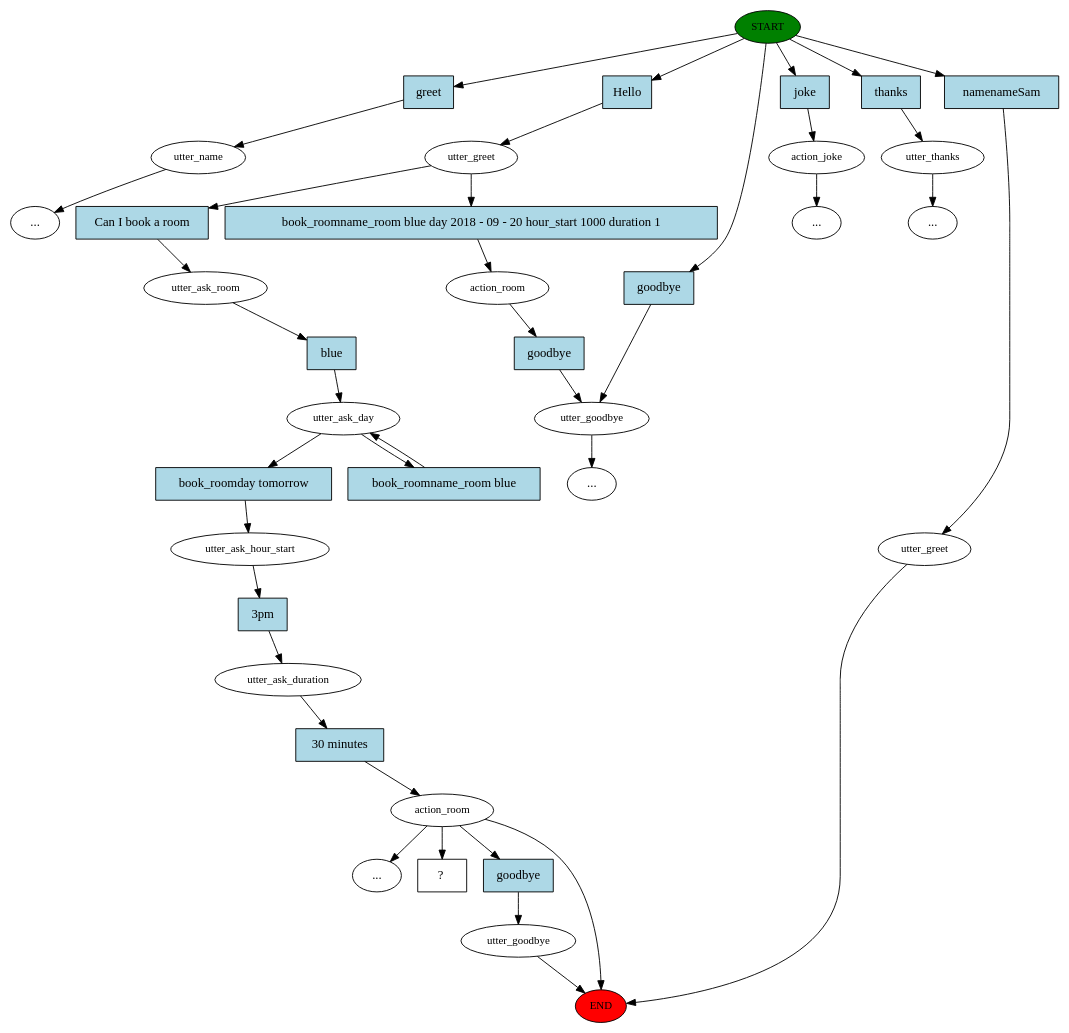
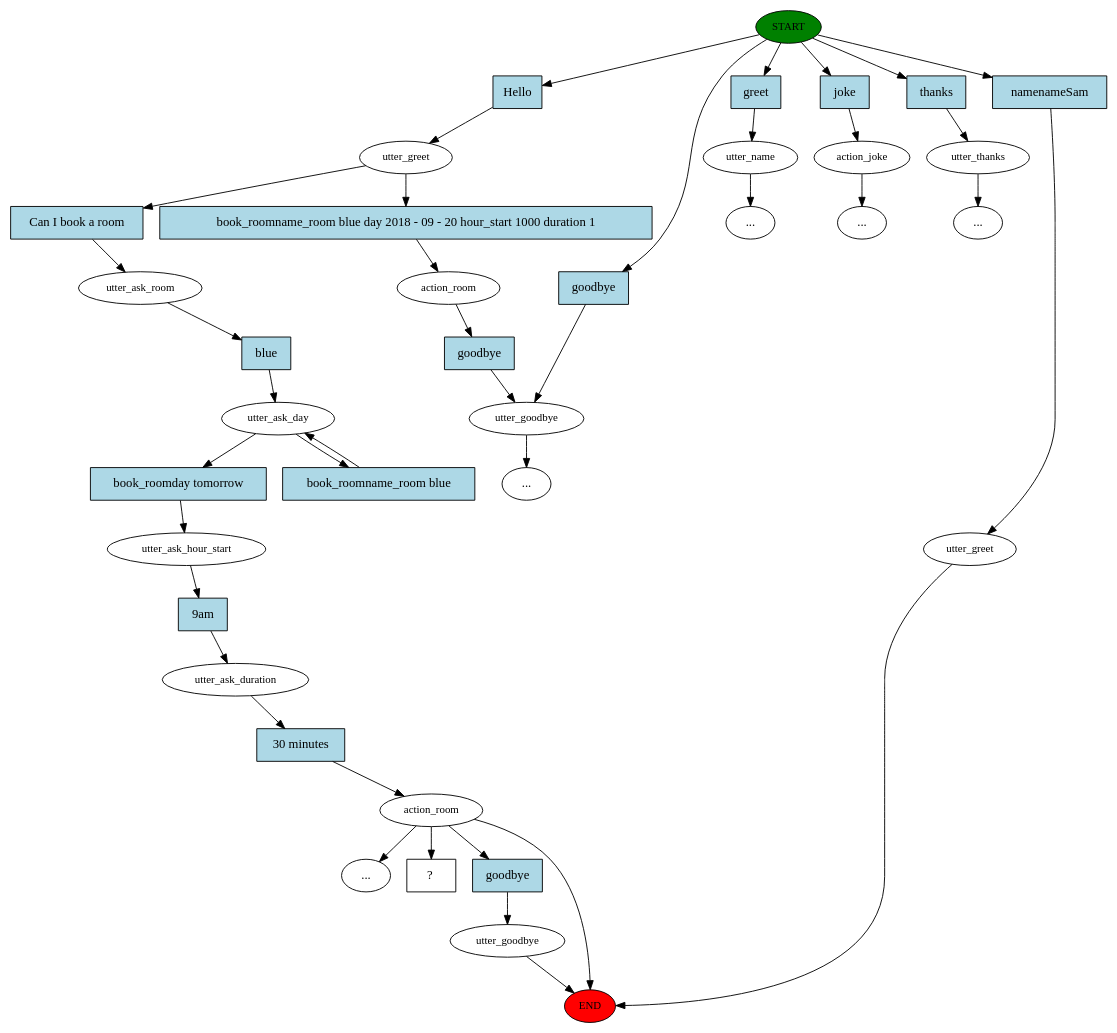
One commit to antoinecomp/bookchatbot changed the diagram in story_graph.dot. Above: the diagram before and after it, drawn with Graphviz. The commit also changed 11 other files, not shown here.

```diff
--- a/story_graph.dot
+++ b/story_graph.dot
@@ -1,77 +1,77 @@
 digraph  {
 0 [class="start active", fillcolor=green, fontsize=12, label=START, style=filled];
 "-1" [class=end, fillcolor=red, fontsize=12, label=END, style=filled];
 1 [class=active, fontsize=12, label=utter_greet];
 2 [class=active, fontsize=12, label=utter_ask_room];
 3 [class=active, fontsize=12, label=utter_ask_day];
 4 [class=active, fontsize=12, label=utter_ask_hour_start];
 5 [class=active, fontsize=12, label=utter_ask_duration];
 6 [class=active, fontsize=12, label=action_room];
-7 [class="", fontsize=12, label=utter_goodbye];
-"-3" [class=ellipsis, label="..."];
-21 [class="", fontsize=12, label=utter_name];
-22 [class="", fontsize=12, label=action_joke];
+7 [class="", fontsize=12, label=utter_greet];
+8 [class="", fontsize=12, label=utter_name];
+15 [class="", fontsize=12, label=utter_goodbye];
 "-5" [class=ellipsis, label="..."];
-24 [class="", fontsize=12, label=action_room];
-25 [class="", fontsize=12, label=utter_goodbye];
-27 [class="", fontsize=12, label=utter_thanks];
+25 [class="", fontsize=12, label=action_room];
+26 [class="", fontsize=12, label=utter_goodbye];
+"-7" [class=ellipsis, label="..."];
+28 [class="", fontsize=12, label=action_joke];
 "-8" [class=ellipsis, label="..."];
-"-9" [class=ellipsis, label="..."];
-29 [class="", fontsize=12, label=utter_greet];
+30 [class="", fontsize=12, label=utter_thanks];
 "-10" [class=ellipsis, label="..."];
-37 [class="intent dashed active", label="  ?  ", shape=rect];
-38 [class="intent active", fillcolor=lightblue, label=Hello, shape=rect, style=filled];
-39 [class=intent, fillcolor=lightblue, label=greet, shape=rect, style=filled];
-40 [class=intent, fillcolor=lightblue, label=joke, shape=rect, style=filled];
-41 [class=intent, fillcolor=lightblue, label=thanks, shape=rect, style=filled];
-42 [class=intent, fillcolor=lightblue, label=namenameSam, shape=rect, style=filled];
-43 [class=intent, fillcolor=lightblue, label=goodbye, shape=rect, style=filled];
-44 [class="intent active", fillcolor=lightblue, label="Can I book a room", shape=rect, style=filled];
-45 [class=intent, fillcolor=lightblue, label="book_roomname_room blue day 2018 - 09 - 20 hour_start 1000 duration 1", shape=rect, style=filled];
-46 [class="intent active", fillcolor=lightblue, label=blue, shape=rect, style=filled];
-47 [class=intent, fillcolor=lightblue, label="book_roomday tomorrow", shape=rect, style=filled];
-48 [class=intent, fillcolor=lightblue, label="book_roomname_room blue", shape=rect, style=filled];
-49 [class="intent active", fillcolor=lightblue, label="3pm", shape=rect, style=filled];
-50 [class="intent active", fillcolor=lightblue, label="30 minutes", shape=rect, style=filled];
-51 [class=intent, fillcolor=lightblue, label=goodbye, shape=rect, style=filled];
+"-11" [class=ellipsis, label="..."];
+38 [class="intent dashed active", label="  ?  ", shape=rect];
+39 [class="intent active", fillcolor=lightblue, label=Hello, shape=rect, style=filled];
+40 [class=intent, fillcolor=lightblue, label=namenameSam, shape=rect, style=filled];
+41 [class=intent, fillcolor=lightblue, label=greet, shape=rect, style=filled];
+42 [class=intent, fillcolor=lightblue, label=joke, shape=rect, style=filled];
+43 [class=intent, fillcolor=lightblue, label=thanks, shape=rect, style=filled];
+44 [class=intent, fillcolor=lightblue, label=goodbye, shape=rect, style=filled];
+45 [class="intent active", fillcolor=lightblue, label="Can I book a room", shape=rect, style=filled];
+46 [class=intent, fillcolor=lightblue, label="book_roomname_room blue day 2018 - 09 - 20 hour_start 1000 duration 1", shape=rect, style=filled];
+47 [class="intent active", fillcolor=lightblue, label=blue, shape=rect, style=filled];
+48 [class=intent, fillcolor=lightblue, label="book_roomday tomorrow", shape=rect, style=filled];
+49 [class=intent, fillcolor=lightblue, label="book_roomname_room blue", shape=rect, style=filled];
+50 [class="intent active", fillcolor=lightblue, label="9am", shape=rect, style=filled];
+51 [class="intent active", fillcolor=lightblue, label="30 minutes", shape=rect, style=filled];
 52 [class=intent, fillcolor=lightblue, label=goodbye, shape=rect, style=filled];
-0 -> 38  [class=active, key=0];
-0 -> 39  [class="", key=0];
+53 [class=intent, fillcolor=lightblue, label=goodbye, shape=rect, style=filled];
+0 -> 39  [class=active, key=0];
 0 -> 40  [class="", key=0];
 0 -> 41  [class="", key=0];
 0 -> 42  [class="", key=0];
 0 -> 43  [class="", key=0];
-1 -> 44  [class=active, key=0];
-1 -> 45  [class="", key=0];
-2 -> 46  [class=active, key=0];
-3 -> 47  [class="", key=0];
+0 -> 44  [class="", key=0];
+1 -> 45  [class=active, key=0];
+1 -> 46  [class="", key=0];
+2 -> 47  [class=active, key=0];
 3 -> 48  [class="", key=0];
-4 -> 49  [class=active, key=0];
-5 -> 50  [class=active, key=0];
+3 -> 49  [class="", key=0];
+4 -> 50  [class=active, key=0];
+5 -> 51  [class=active, key=0];
 6 -> "-1"  [class="", key=NONE, label=""];
-6 -> "-3"  [class="", key=NONE, label=""];
-6 -> 37  [class=active, key=NONE, label=""];
-6 -> 51  [class="", key=0];
+6 -> "-5"  [class="", key=NONE, label=""];
+6 -> 38  [class=active, key=NONE, label=""];
+6 -> 52  [class="", key=0];
 7 -> "-1"  [class="", key=NONE, label=""];
-21 -> "-10"  [class="", key=NONE, label=""];
-22 -> "-5"  [class="", key=NONE, label=""];
-24 -> 52  [class="", key=0];
-25 -> "-9"  [class="", key=NONE, label=""];
-27 -> "-8"  [class="", key=NONE, label=""];
-29 -> "-1"  [class="", key=NONE, label=""];
-38 -> 1  [class=active, key=0];
-39 -> 21  [class="", key=0];
-40 -> 22  [class="", key=0];
-41 -> 27  [class="", key=0];
-42 -> 29  [class="", key=0];
-43 -> 25  [class="", key=0];
-44 -> 2  [class=active, key=0];
-45 -> 24  [class="", key=0];
-46 -> 3  [class=active, key=0];
-47 -> 4  [class="", key=0];
-48 -> 3  [class="", key=0];
-49 -> 5  [class=active, key=0];
-50 -> 6  [class=active, key=0];
-51 -> 7  [class="", key=0];
-52 -> 25  [class="", key=0];
+8 -> "-11"  [class="", key=NONE, label=""];
+15 -> "-1"  [class="", key=NONE, label=""];
+25 -> 53  [class="", key=0];
+26 -> "-7"  [class="", key=NONE, label=""];
+28 -> "-8"  [class="", key=NONE, label=""];
+30 -> "-10"  [class="", key=NONE, label=""];
+39 -> 1  [class=active, key=0];
+40 -> 7  [class="", key=0];
+41 -> 8  [class="", key=0];
+42 -> 28  [class="", key=0];
+43 -> 30  [class="", key=0];
+44 -> 26  [class="", key=0];
+45 -> 2  [class=active, key=0];
+46 -> 25  [class="", key=0];
+47 -> 3  [class=active, key=0];
+48 -> 4  [class="", key=0];
+49 -> 3  [class="", key=0];
+50 -> 5  [class=active, key=0];
+51 -> 6  [class=active, key=0];
+52 -> 15  [class="", key=0];
+53 -> 26  [class="", key=0];
 }
```
